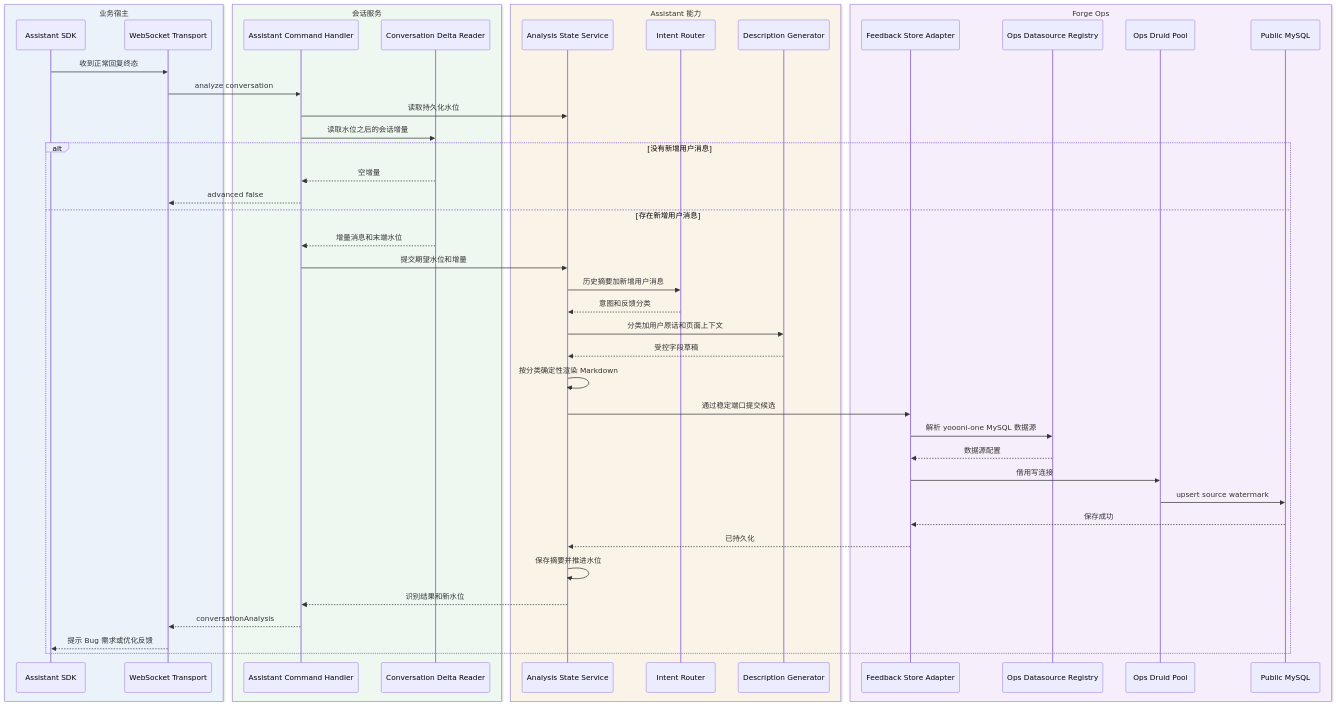
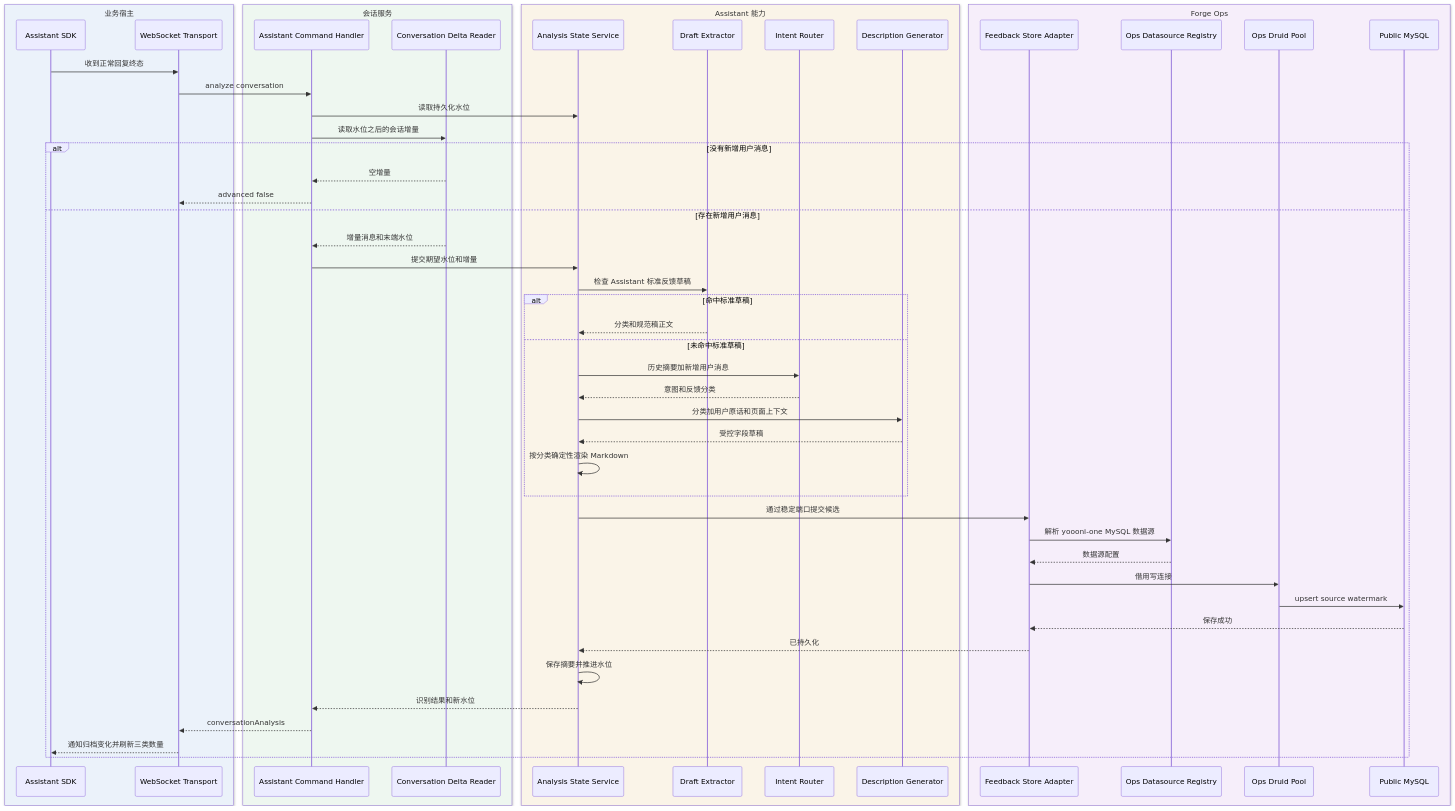
The fifth of 9 diagrams in docs/design/企业内部多Web系统统一嵌入式AI助手/企业内部多Web系统统一嵌入式AI助手-current.md (exception-coder/kai-toolbox), drawn with Mermaid before and after one commit. The commit also changed other lines of this file and 34 other files, not shown here.

````diff
--- a/docs/design/企业内部多Web系统统一嵌入式AI助手/企业内部多Web系统统一嵌入式AI助手-current.md
+++ b/docs/design/企业内部多Web系统统一嵌入式AI助手/企业内部多Web系统统一嵌入式AI助手-current.md
@@ -267,49 +268,55 @@
 ```mermaid
 sequenceDiagram
     box rgb(235, 242, 250) 业务宿主
         participant SDK as Assistant SDK
         participant WS as WebSocket Transport
     end
     box rgb(238, 247, 240) 会话服务
         participant CMD as Assistant Command Handler
         participant HISTORY as Conversation Delta Reader
     end
     box rgb(250, 244, 232) Assistant 能力
         participant STATE as Analysis State Service
+        participant EXTRACT as Draft Extractor
         participant MODEL as Intent Router
         participant DRAFT as Description Generator
     end
     box rgb(246, 238, 250) Forge Ops
         participant STORE as Feedback Store Adapter
         participant REG as Ops Datasource Registry
         participant POOL as Ops Druid Pool
         participant MYSQL as Public MySQL
     end
     SDK->>WS: 收到正常回复终态
     WS->>CMD: analyze conversation
     CMD->>STATE: 读取持久化水位
     CMD->>HISTORY: 读取水位之后的会话增量
     alt 没有新增用户消息
         HISTORY-->>CMD: 空增量
         CMD-->>WS: advanced false
     else 存在新增用户消息
         HISTORY-->>CMD: 增量消息和末端水位
         CMD->>STATE: 提交期望水位和增量
-        STATE->>MODEL: 历史摘要加新增用户消息
-        MODEL-->>STATE: 意图和反馈分类
-        STATE->>DRAFT: 分类加用户原话和页面上下文
-        DRAFT-->>STATE: 受控字段草稿
-        STATE->>STATE: 按分类确定性渲染 Markdown
+        STATE->>EXTRACT: 检查 Assistant 标准反馈草稿
+        alt 命中标准草稿
+            EXTRACT-->>STATE: 分类和规范稿正文
+        else 未命中标准草稿
+            STATE->>MODEL: 历史摘要加新增用户消息
+            MODEL-->>STATE: 意图和反馈分类
+            STATE->>DRAFT: 分类加用户原话和页面上下文
+            DRAFT-->>STATE: 受控字段草稿
+            STATE->>STATE: 按分类确定性渲染 Markdown
+        end
         STATE->>STORE: 通过稳定端口提交候选
         STORE->>REG: 解析 yoooni-one MySQL 数据源
         REG-->>STORE: 数据源配置
         STORE->>POOL: 借用写连接
         POOL->>MYSQL: upsert source watermark
         MYSQL-->>STORE: 保存成功
         STORE-->>STATE: 已持久化
         STATE->>STATE: 保存摘要并推进水位
         STATE-->>CMD: 识别结果和新水位
         CMD-->>WS: conversationAnalysis
-        WS-->>SDK: 提示 Bug 需求或优化反馈
+        WS-->>SDK: 通知归档变化并刷新三类数量
     end
 ```
````
